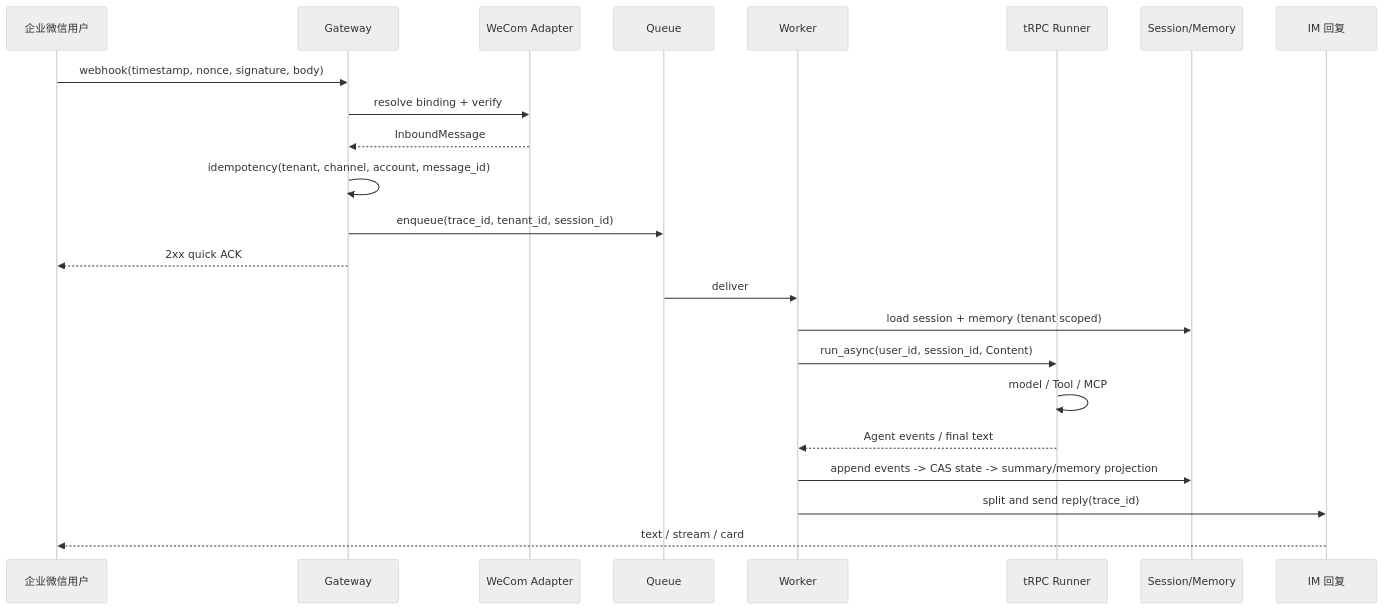
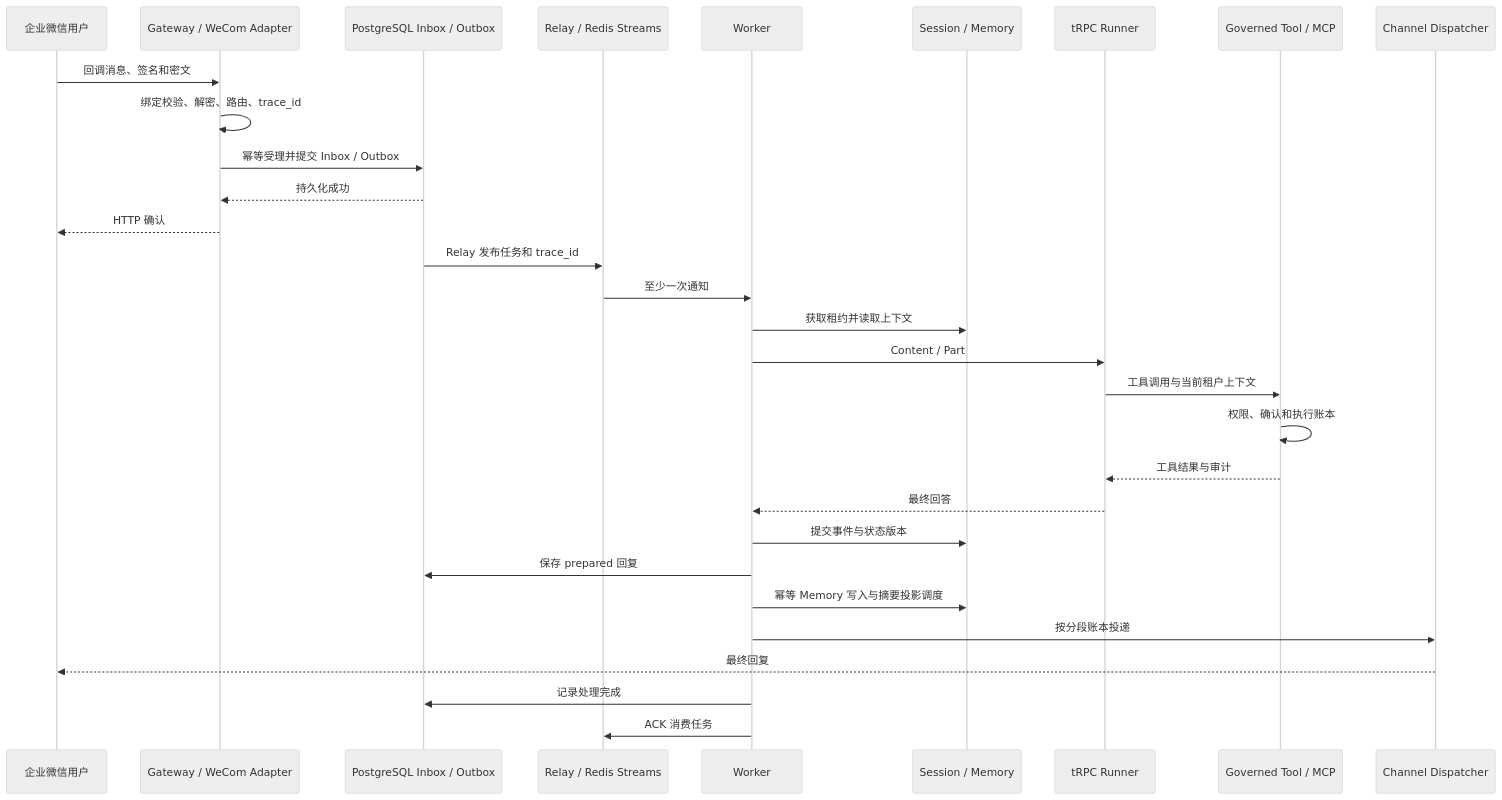
One commit to sddzhyc/trpc-agent-service changed the second of 2 diagrams in docs/architecture.md. Above: the diagram before and after it, drawn with Mermaid (neutral theme). The commit also changed other lines of this file and 32 other files, not shown here.

Commit message:
docs: align architecture with acceptance criteria

````diff
--- a/docs/architecture.md
+++ b/docs/architecture.md
@@ -53,25 +123,32 @@
 ```mermaid
 sequenceDiagram
     participant U as 企业微信用户
-    participant G as Gateway
-    participant A as WeCom Adapter
-    participant Q as Queue
+    participant G as Gateway / WeCom Adapter
+    participant DB as PostgreSQL Inbox / Outbox
+    participant Q as Relay / Redis Streams
     participant W as Worker
+    participant S as Session / Memory
     participant R as tRPC Runner
-    participant S as Session/Memory
-    participant I as IM 回复
-    U->>G: webhook(timestamp, nonce, signature, body)
-    G->>A: resolve binding + verify
-    A-->>G: InboundMessage
-    G->>G: idempotency(tenant, channel, account, message_id)
-    G->>Q: enqueue(trace_id, tenant_id, session_id)
-    G-->>U: 2xx quick ACK
-    Q->>W: deliver
-    W->>S: load session + memory (tenant scoped)
-    W->>R: run_async(user_id, session_id, Content)
-    R->>R: model / Tool / MCP
-    R-->>W: Agent events / final text
-    W->>S: append events -> CAS state -> summary/memory projection
-    W->>I: split and send reply(trace_id)
-    I-->>U: text / stream / card
+    participant T as Governed Tool / MCP
+    participant I as Channel Dispatcher
+    U->>G: 回调消息、签名和密文
+    G->>G: 绑定校验、解密、路由、trace_id
+    G->>DB: 幂等受理并提交 Inbox / Outbox
+    DB-->>G: 持久化成功
+    G-->>U: HTTP 确认
+    DB->>Q: Relay 发布任务和 trace_id
+    Q->>W: 至少一次通知
+    W->>S: 获取租约并读取上下文
+    W->>R: Content / Part
+    R->>T: 工具调用与当前租户上下文
+    T->>T: 权限、确认和执行账本
+    T-->>R: 工具结果与审计
+    R-->>W: 最终回答
+    W->>S: 提交事件与状态版本
+    W->>DB: 保存 prepared 回复
+    W->>S: 幂等 Memory 写入与摘要投影调度
+    W->>I: 按分段账本投递
+    I-->>U: 最终回复
+    W->>DB: 记录处理完成
+    W->>Q: ACK 消费任务
 ```
````
